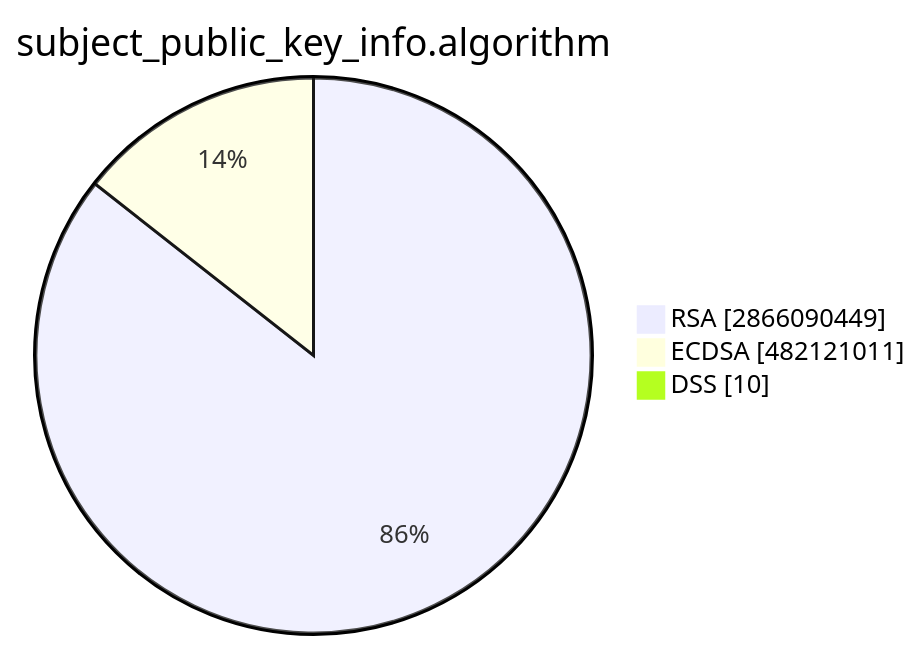
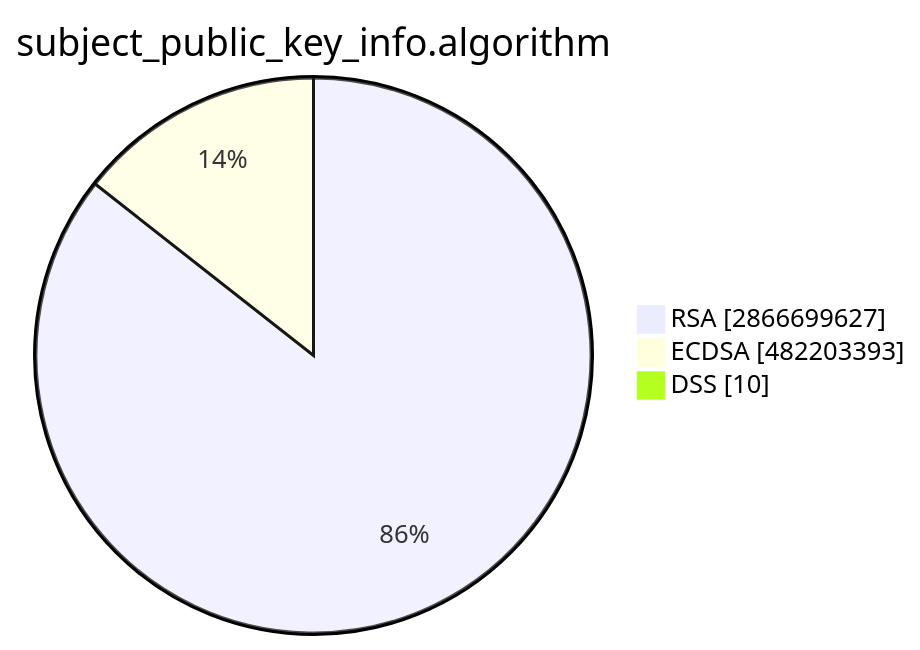
Before and after one commit to christiankrug/ctmonitor_visualization: the second of 15 diagrams in TOTAL/README.md, drawn with Mermaid. The commit also changed other lines of this file, not shown here.

````diff
--- a/TOTAL/README.md
+++ b/TOTAL/README.md
@@ -6,7 +6,7 @@
 ```mermaid
 pie showData
 title subject_public_key_info.algorithm
-"RSA" :2866090449
-"ECDSA" :482121011
+"RSA" :2866699627
+"ECDSA" :482203393
 "DSS" :10
 ```
````
